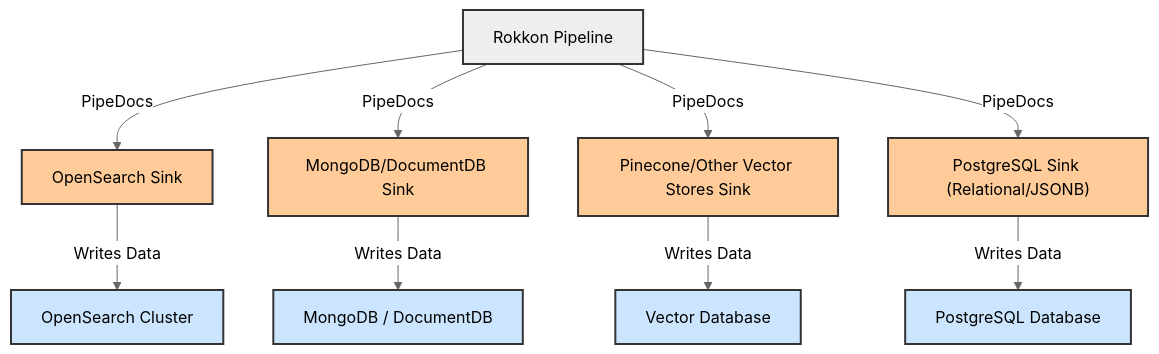
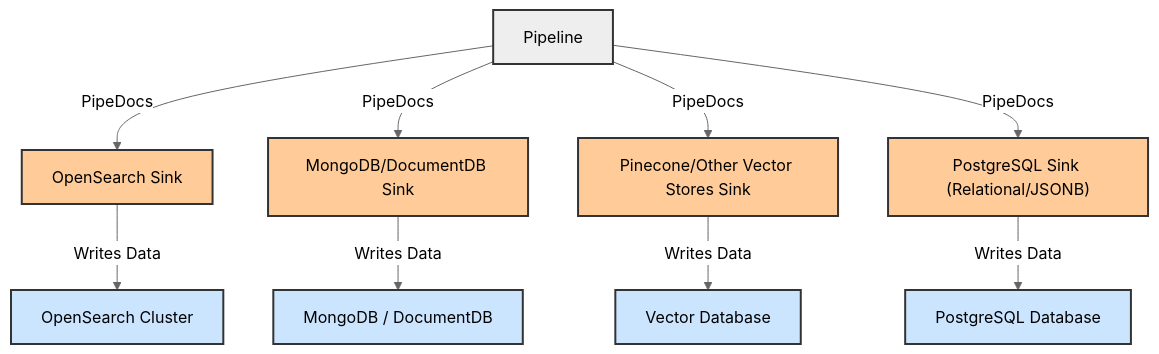
Before and after one commit to krickert/rokkon: the third of 3 diagrams in ARCHITECTURE/Planned_integrations.md, drawn with Mermaid (neutral theme). The commit also changed other lines of this file and 75 other files, not shown here.

````diff
--- a/ARCHITECTURE/Planned_integrations.md
+++ b/ARCHITECTURE/Planned_integrations.md
@@ -174,20 +174,20 @@
 ```mermaid
 graph TD
-    RokkonPipeline[Rokkon Pipeline] -- PipeDocs --> OpenSearchSink[OpenSearch Sink]
-    RokkonPipeline -- PipeDocs --> MongoSink["MongoDB/DocumentDB Sink"]
-    RokkonPipeline -- PipeDocs --> VectorStoreSink["Pinecone/Other Vector Stores Sink"]
-    RokkonPipeline -- PipeDocs --> PostgresSink["PostgreSQL Sink (Relational/JSONB)"]
+    PipelinePipeline[Pipeline] -- PipeDocs --> OpenSearchSink[OpenSearch Sink]
+    PipelinePipeline -- PipeDocs --> MongoSink["MongoDB/DocumentDB Sink"]
+    PipelinePipeline -- PipeDocs --> VectorStoreSink["Pinecone/Other Vector Stores Sink"]
+    PipelinePipeline -- PipeDocs --> PostgresSink["PostgreSQL Sink (Relational/JSONB)"]
 
     OpenSearchSink -- "Writes Data" --> OpenSearchCluster[OpenSearch Cluster]
     MongoSink -- "Writes Data" --> MongoCluster["MongoDB / DocumentDB"]
     VectorStoreSink -- "Writes Data" --> VectorDB[Vector Database]
     PostgresSink -- "Writes Data" --> PostgresDB[PostgreSQL Database]
 
     classDef sink fill:#ffcc99,stroke:#333,stroke-width:2px;
     classDef pipeline fill:#lightcoral,stroke:#333,stroke-width:2px;
     classDef datastore fill:#cce5ff,stroke:#333,stroke-width:2px;
 
     class OpenSearchSink,MongoSink,VectorStoreSink,PostgresSink sink;
-    class RokkonPipeline pipeline;
+    class PipelinePipeline pipeline;
     class OpenSearchCluster,MongoCluster,VectorDB,PostgresDB datastore;
 ```
````
